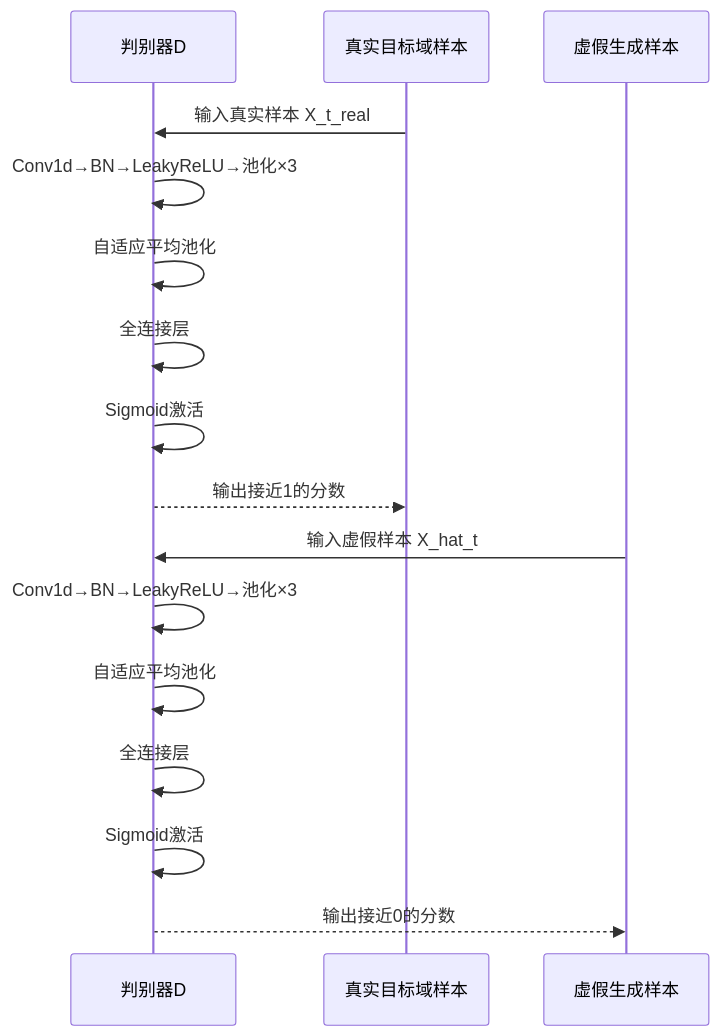
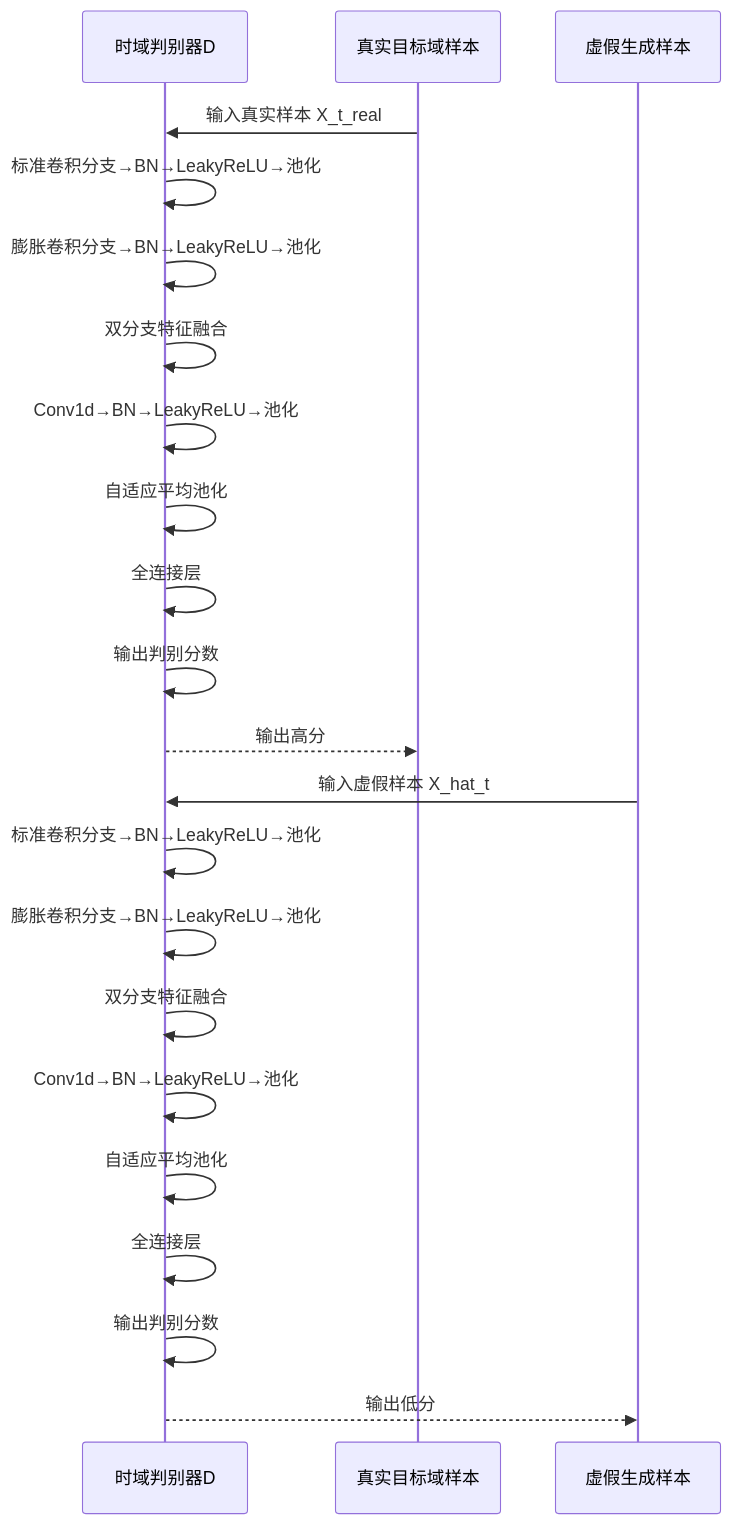
The fourth of 8 diagrams in .qoder/repowiki/zh/content/生成对抗网络（GAN）模型/生成对抗网络（GAN）模型.md (Opao-heng/CSI), drawn with Mermaid before and after one commit. The commit also changed other lines of this file and 35 other files, not shown here.

````diff
--- a/.qoder/repowiki/zh/content/生成对抗网络（GAN）模型/生成对抗网络（GAN）模型.md
+++ b/.qoder/repowiki/zh/content/生成对抗网络（GAN）模型/生成对抗网络（GAN）模型.md
@@ -117,18 +136,24 @@
 ```mermaid
 sequenceDiagram
-participant D as 判别器D
+participant D as 时域判别器D
 participant Xreal as 真实目标域样本
 participant Xfake as 虚假生成样本
 Xreal->>D : 输入真实样本 X_t_real
-D->>D : Conv1d→BN→LeakyReLU→池化×3
+D->>D : 标准卷积分支→BN→LeakyReLU→池化
+D->>D : 膨胀卷积分支→BN→LeakyReLU→池化
+D->>D : 双分支特征融合
+D->>D : Conv1d→BN→LeakyReLU→池化
 D->>D : 自适应平均池化
 D->>D : 全连接层
-D->>D : Sigmoid激活
-D-->>Xreal : 输出接近1的分数
+D->>D : 输出判别分数
+D-->>Xreal : 输出高分
 Xfake->>D : 输入虚假样本 X_hat_t
-D->>D : Conv1d→BN→LeakyReLU→池化×3
+D->>D : 标准卷积分支→BN→LeakyReLU→池化
+D->>D : 膨胀卷积分支→BN→LeakyReLU→池化
+D->>D : 双分支特征融合
+D->>D : Conv1d→BN→LeakyReLU→池化
 D->>D : 自适应平均池化
 D->>D : 全连接层
-D->>D : Sigmoid激活
-D-->>Xfake : 输出接近0的分数
+D->>D : 输出判别分数
+D-->>Xfake : 输出低分
 ```
````
